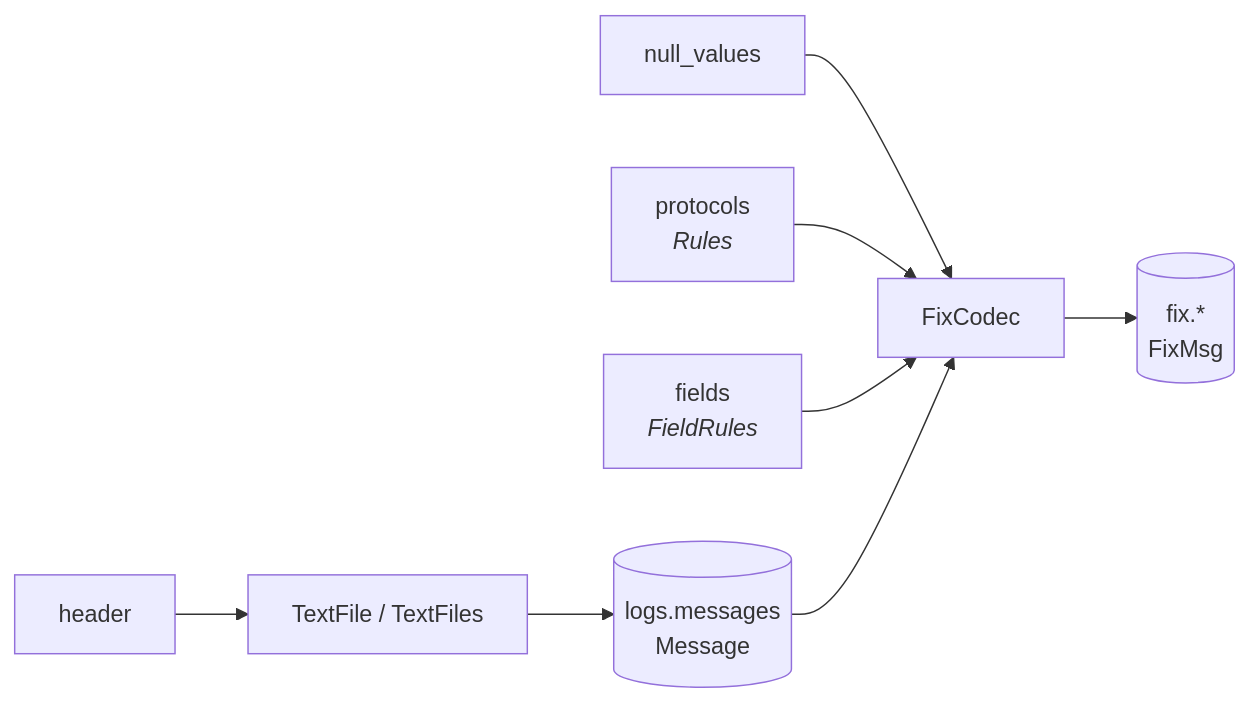
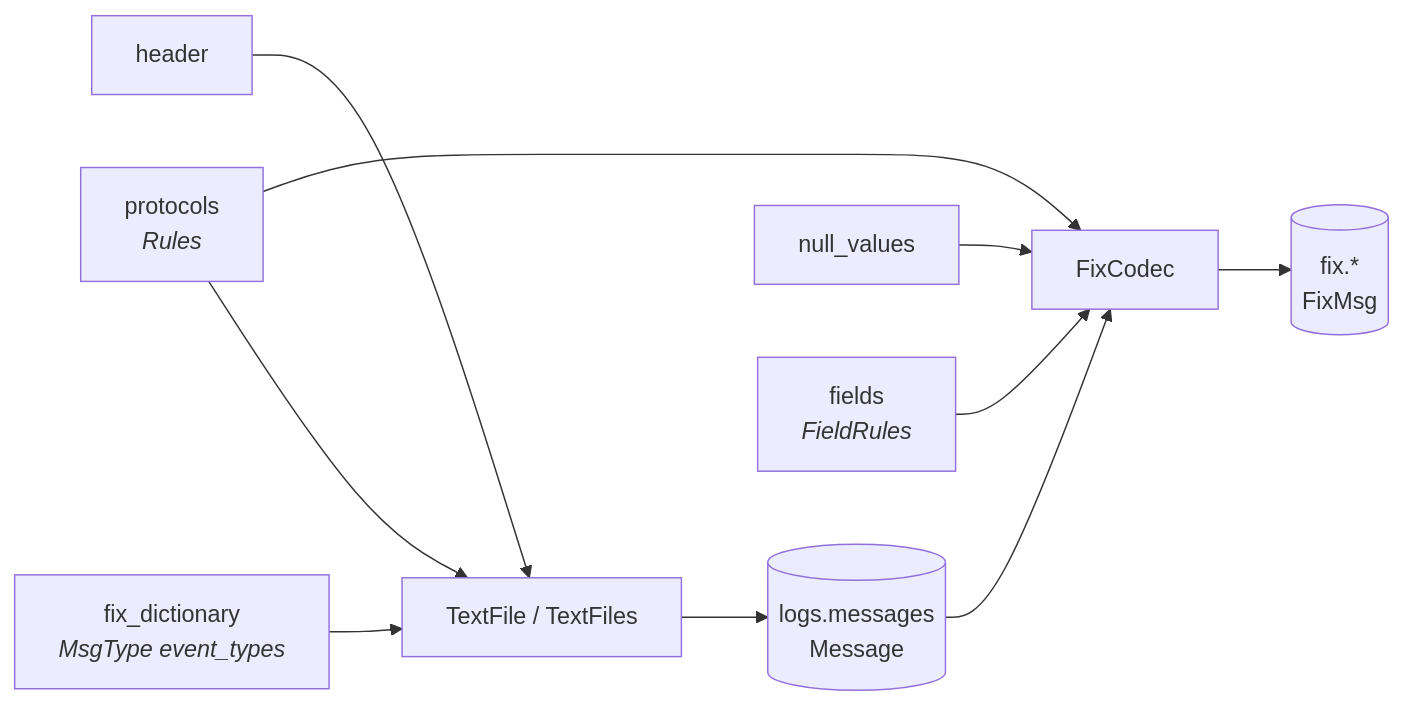
Before and after one commit to Platob/yggfin: the diagram in docs/configuring.md, drawn with Mermaid. The commit also changed other lines of this file and 101 other files, not shown here.

````diff
--- a/docs/configuring.md
+++ b/docs/configuring.md
@@ -8,10 +8,12 @@
 ```mermaid
 flowchart LR
     H[header] --> T[TextFile / TextFiles]
+    D[fix_dictionary<br/><i>MsgType event_types</i>] --> T
     T --> M[(logs.messages<br/>Message)]
     N[null_values] --> C[FixCodec]
     P[protocols<br/><i>Rules</i>] --> C
+    P --> T
     F[fields<br/><i>FieldRules</i>] --> C
     M --> C
     C --> R[(fix.*<br/>FixMsg)]
 ```
````
